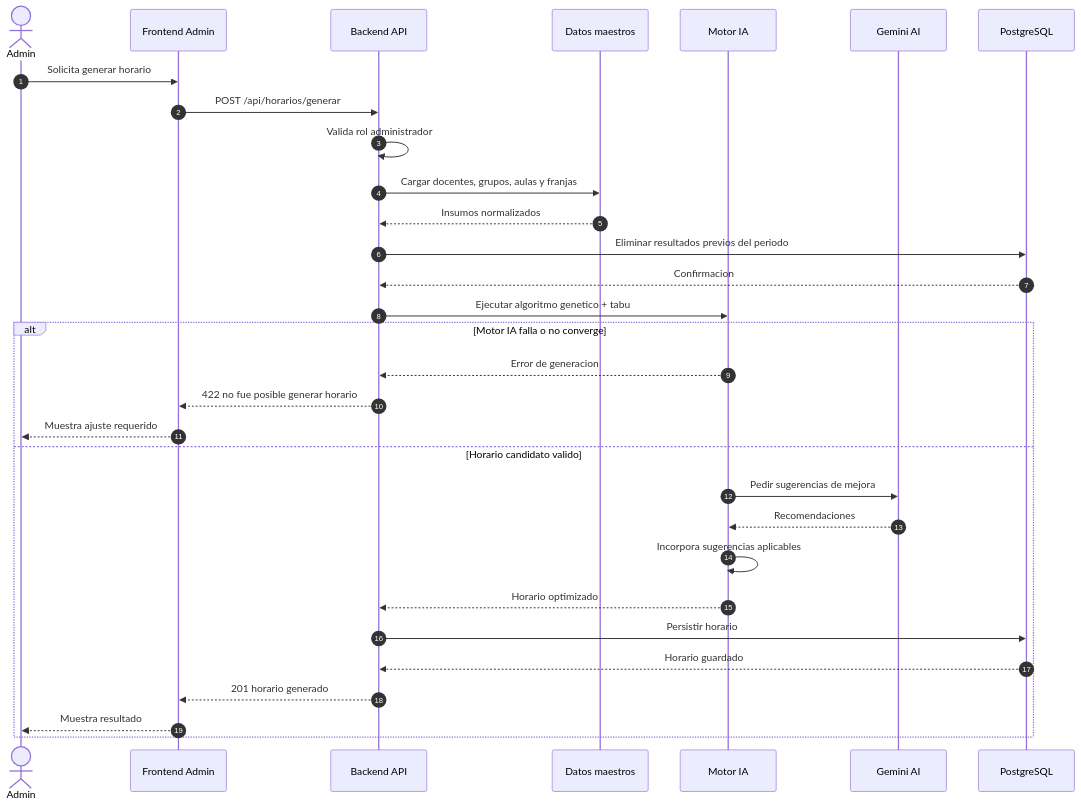
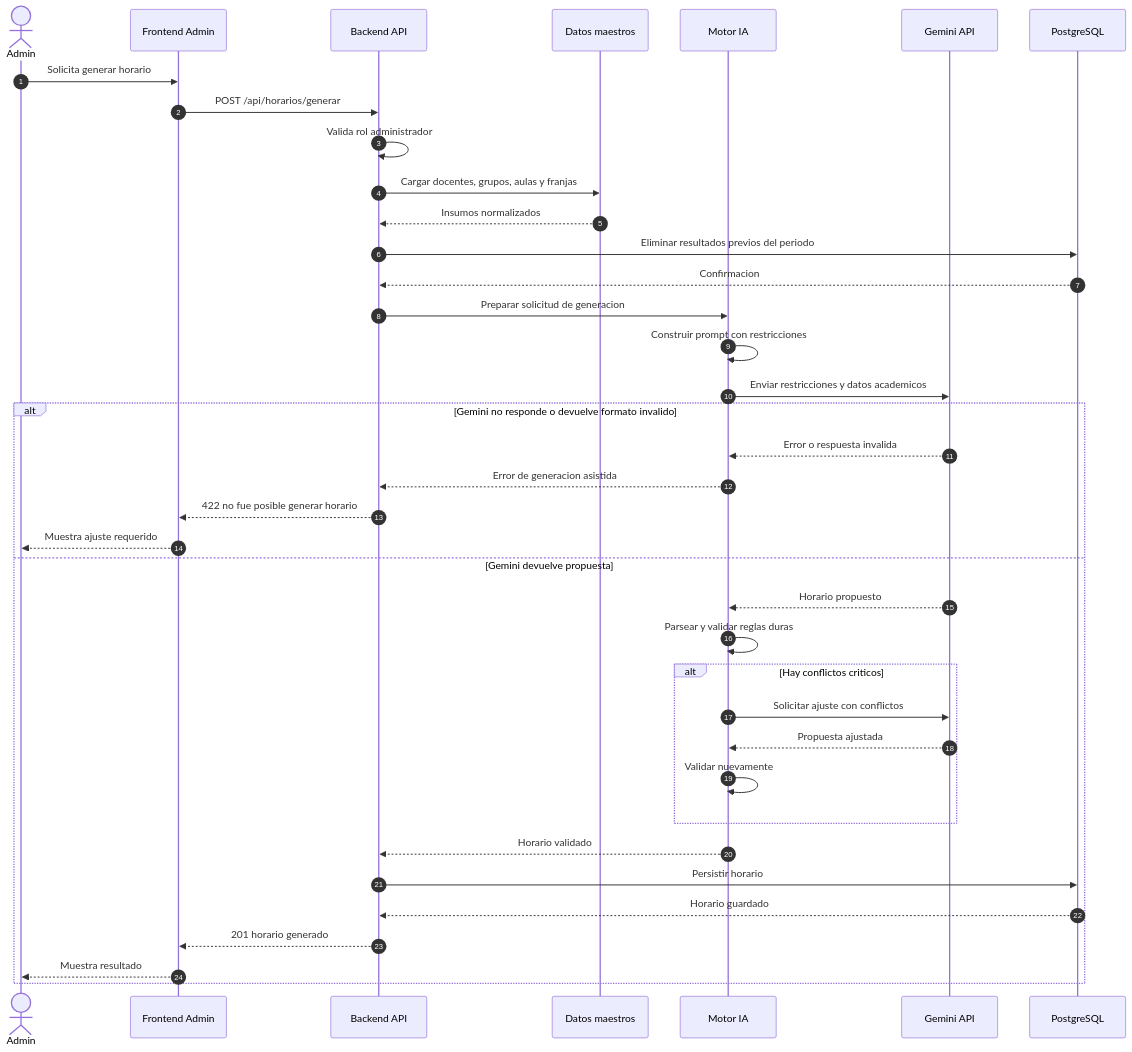
Before and after one commit to Proyecto-grado-ucc/proyectoGrado-server: the diagram in docs/diagramas/07_secuencia_generacion_horario.mmd, drawn with Mermaid. The commit also changed 20 other files, not shown here.

Commit message:
docs: align IA diagrams with Gemini flow

```diff
--- a/docs/diagramas/07_secuencia_generacion_horario.mmd
+++ b/docs/diagramas/07_secuencia_generacion_horario.mmd
@@ -1,32 +1,39 @@
 sequenceDiagram
   autonumber
   actor Admin
   participant Front as Frontend Admin
   participant Api as Backend API
   participant Datos as Datos maestros
   participant Motor as Motor IA
-  participant Gemini as Gemini AI
+  participant Gemini as Gemini API
   participant Db as PostgreSQL
 
   Admin->>Front: Solicita generar horario
   Front->>Api: POST /api/horarios/generar
   Api->>Api: Valida rol administrador
   Api->>Datos: Cargar docentes, grupos, aulas y franjas
   Datos-->>Api: Insumos normalizados
   Api->>Db: Eliminar resultados previos del periodo
   Db-->>Api: Confirmacion
-  Api->>Motor: Ejecutar algoritmo genetico + tabu
-  alt Motor IA falla o no converge
-    Motor-->>Api: Error de generacion
+  Api->>Motor: Preparar solicitud de generacion
+  Motor->>Motor: Construir prompt con restricciones
+  Motor->>Gemini: Enviar restricciones y datos academicos
+  alt Gemini no responde o devuelve formato invalido
+    Gemini-->>Motor: Error o respuesta invalida
+    Motor-->>Api: Error de generacion asistida
     Api-->>Front: 422 no fue posible generar horario
     Front-->>Admin: Muestra ajuste requerido
-  else Horario candidato valido
-    Motor->>Gemini: Pedir sugerencias de mejora
-    Gemini-->>Motor: Recomendaciones
-    Motor->>Motor: Incorpora sugerencias aplicables
-    Motor-->>Api: Horario optimizado
+  else Gemini devuelve propuesta
+    Gemini-->>Motor: Horario propuesto
+    Motor->>Motor: Parsear y validar reglas duras
+    alt Hay conflictos criticos
+      Motor->>Gemini: Solicitar ajuste con conflictos
+      Gemini-->>Motor: Propuesta ajustada
+      Motor->>Motor: Validar nuevamente
+    end
+    Motor-->>Api: Horario validado
     Api->>Db: Persistir horario
     Db-->>Api: Horario guardado
     Api-->>Front: 201 horario generado
     Front-->>Admin: Muestra resultado
   end
```
